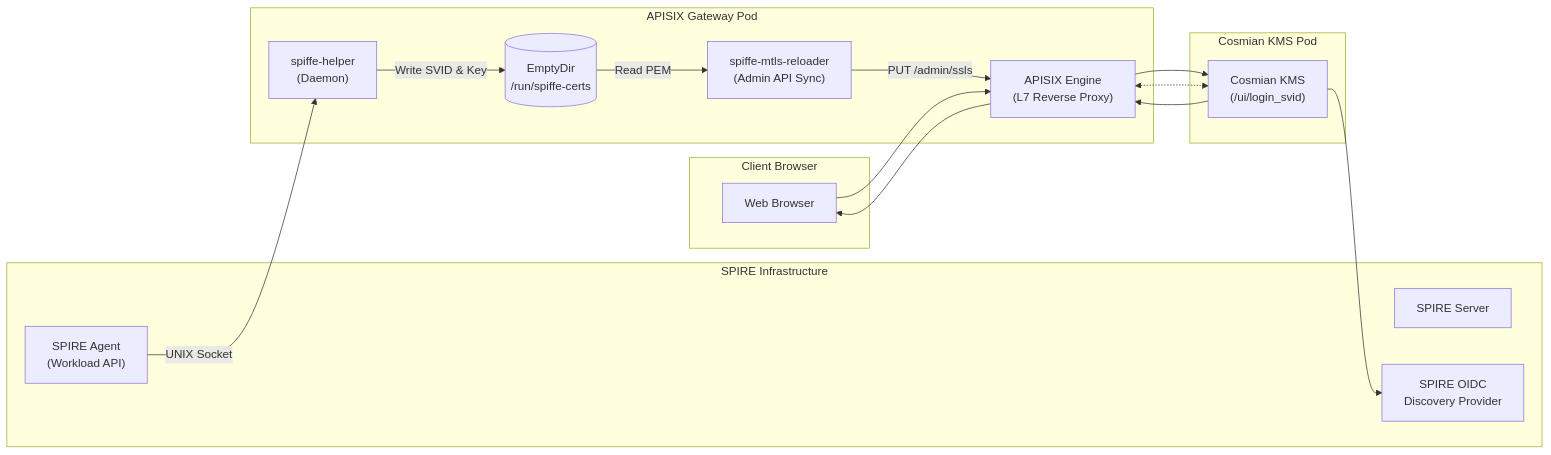
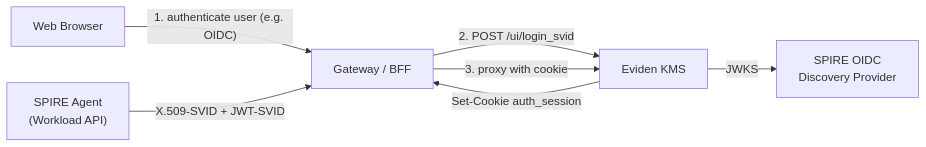
One commit to Cosmian/kms changed the first of 2 diagrams in documentation/docs/integrations/spire_webui.md. Above: the diagram before and after it, drawn with Mermaid. The commit also changed other lines of this file and 31 other files, not shown here.

First line of the commit message:
fix(auth): harden SPIFFE JWT-SVID authentication after review

````diff
--- a/documentation/docs/integrations/spire_webui.md
+++ b/documentation/docs/integrations/spire_webui.md
@@ -12,35 +69,9 @@
 ```mermaid
 flowchart LR
-    subgraph Client["Client Browser"]
-        Browser["Web Browser"]
-    end
-
-    subgraph GatewayPod["APISIX Gateway Pod"]
-        APISIX["APISIX Engine<br/>(L7 Reverse Proxy)"]
-        Reloader["spiffe-mtls-reloader<br/>(Admin API Sync)"]
-        Helper["spiffe-helper<br/>(Daemon)"]
-        CertVol[("EmptyDir<br/>/run/spiffe-certs")]
-    end
-
-    subgraph SPIRE["SPIRE Infrastructure"]
-        Agent["SPIRE Agent<br/>(Workload API)"]
-        Server["SPIRE Server"]
-        OIDC["SPIRE OIDC<br/>Discovery Provider"]
-    end
-
-    subgraph KMSPod["Cosmian KMS Pod"]
-        KMS["Cosmian KMS<br/>(/ui/login_svid)"]
-    end
-
-    Agent -->|UNIX Socket| Helper
-    Helper -->|Write SVID & Key| CertVol
-    CertVol -->|Read PEM| Reloader
-    Reloader -->|PUT /admin/ssls| APISIX
-
-    Browser --> APISIX
-    APISIX --> KMS
-    APISIX <-.-> KMS
-    KMS --> OIDC
-    KMS --> APISIX
-    APISIX --> Browser
+    Browser["Web Browser"] -->|"1. authenticate user (e.g. OIDC)"| GW["Gateway / BFF"]
+    Agent["SPIRE Agent<br/>(Workload API)"] -->|"X.509-SVID + JWT-SVID"| GW
+    GW -->|"2. POST /ui/login_svid"| KMS["Eviden KMS"]
+    KMS -->|"JWKS"| OIDC["SPIRE OIDC<br/>Discovery Provider"]
+    KMS -->|"Set-Cookie auth_session"| GW
+    GW -->|"3. proxy with cookie"| KMS
 ```
````
